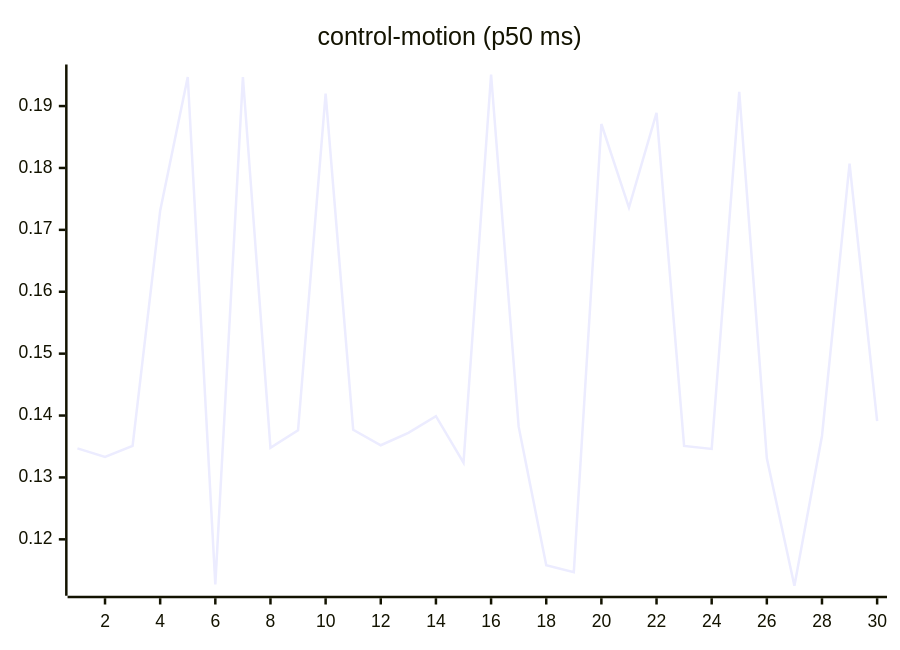
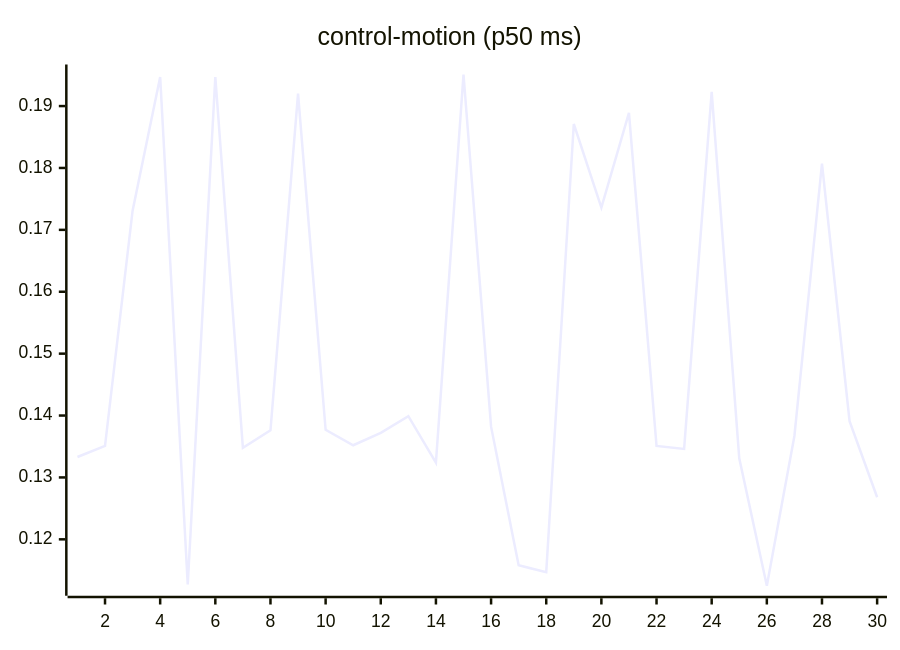
Before and after one commit to josha/Facet: the seventh of 27 diagrams in README.md, drawn with Mermaid. The commit also changed other lines of this file and 2 other files, not shown here.

````diff
--- a/README.md
+++ b/README.md
@@ -105,6 +105,6 @@
 ```mermaid
 xychart-beta
     title "control-motion (p50 ms)"
     x-axis 1 --> 30
-    line [0.1347, 0.1333, 0.1351, 0.1731, 0.1947, 0.1127, 0.1947, 0.1348, 0.1376, 0.1920, 0.1377, 0.1352, 0.1372, 0.1399, 0.1324, 0.1951, 0.1382, 0.1158, 0.1147, 0.1871, 0.1736, 0.1889, 0.1351, 0.1346, 0.1923, 0.1331, 0.1125, 0.1367, 0.1807, 0.1391]
+    line [0.1333, 0.1351, 0.1731, 0.1947, 0.1127, 0.1947, 0.1348, 0.1376, 0.1920, 0.1377, 0.1352, 0.1372, 0.1399, 0.1324, 0.1951, 0.1382, 0.1158, 0.1147, 0.1871, 0.1736, 0.1889, 0.1351, 0.1346, 0.1923, 0.1331, 0.1125, 0.1367, 0.1807, 0.1391, 0.1268]
 ```
````
